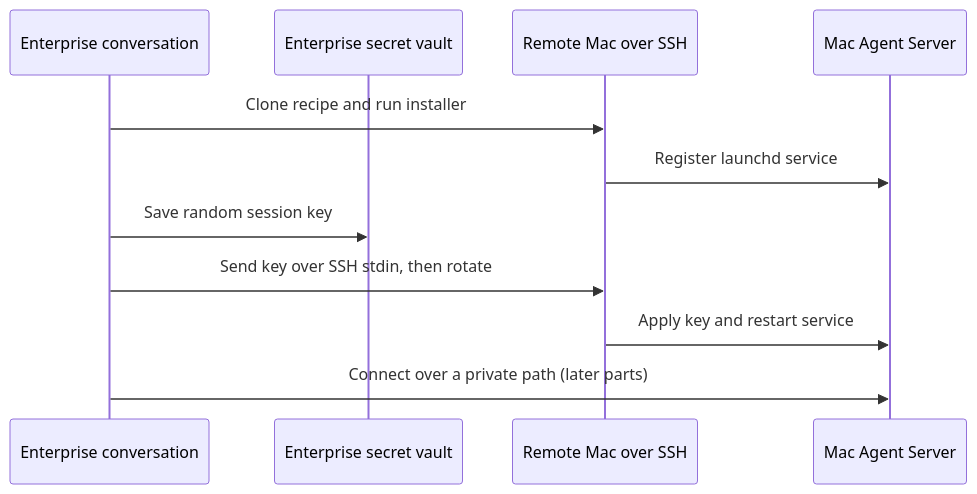
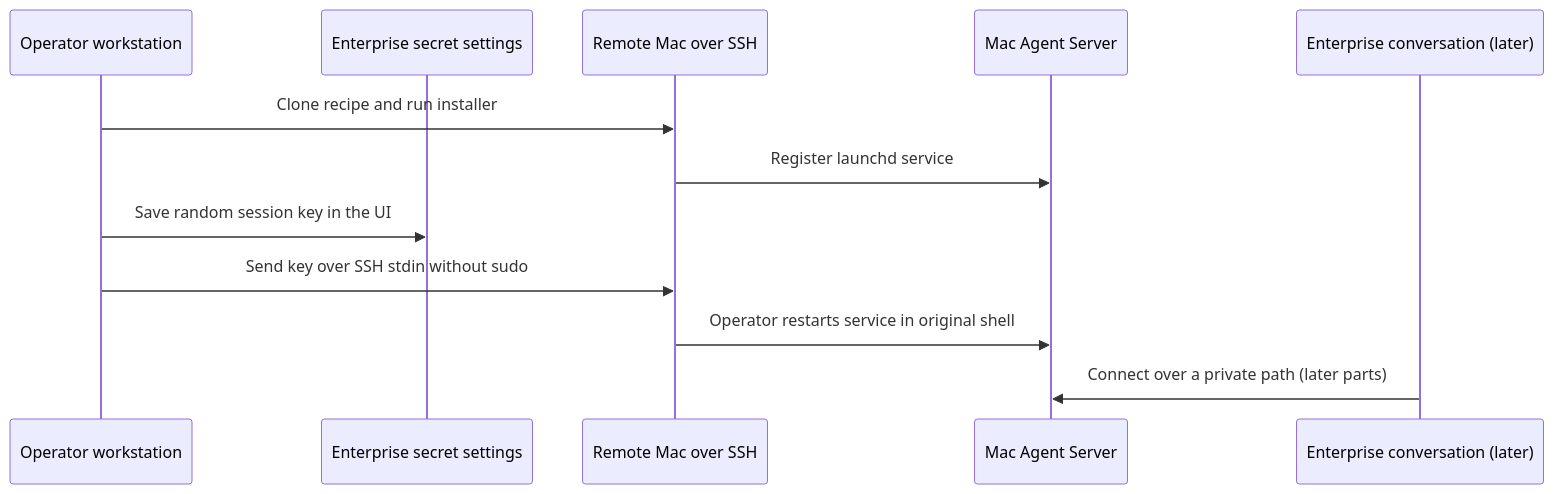
Before and after one commit to OpenHands/enterprise-cookbook: the diagram in macos-agent-canvas/README.md, drawn with Mermaid. The commit also changed other lines of this file and 1 other file, not shown here.

Commit message:
Document operator-led Mac install without Enterprise terminal

````diff
--- a/macos-agent-canvas/README.md
+++ b/macos-agent-canvas/README.md
@@ -13,13 +14,14 @@
 ```mermaid
 sequenceDiagram
-    participant E as Enterprise conversation
-    participant V as Enterprise secret vault
+    participant O as Operator workstation
+    participant V as Enterprise secret settings
     participant M as Remote Mac over SSH
     participant A as Mac Agent Server
-    E->>M: Clone recipe and run installer
+    participant E as Enterprise conversation (later)
+    O->>M: Clone recipe and run installer
     M->>A: Register launchd service
-    E->>V: Save random session key
-    E->>M: Send key over SSH stdin, then rotate
-    M->>A: Apply key and restart service
+    O->>V: Save random session key in the UI
+    O->>M: Send key over SSH stdin without sudo
+    M->>A: Operator restarts service in original shell
     E->>A: Connect over a private path (later parts)
 ```
````
